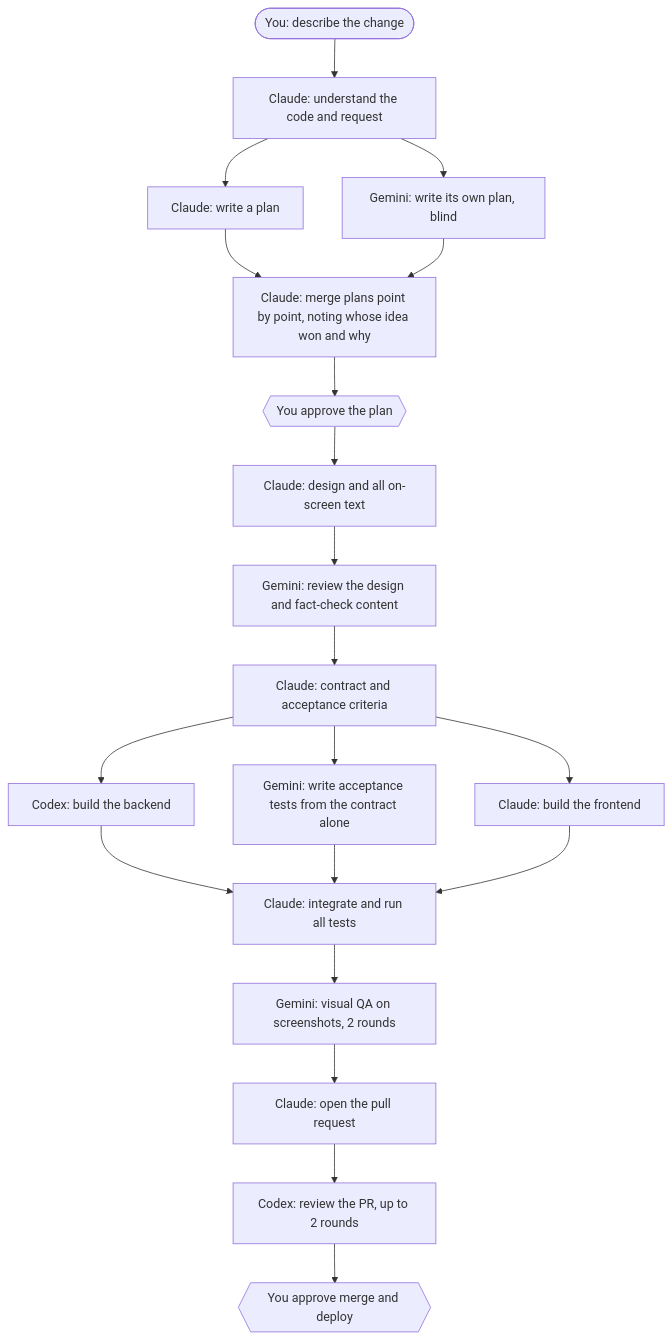
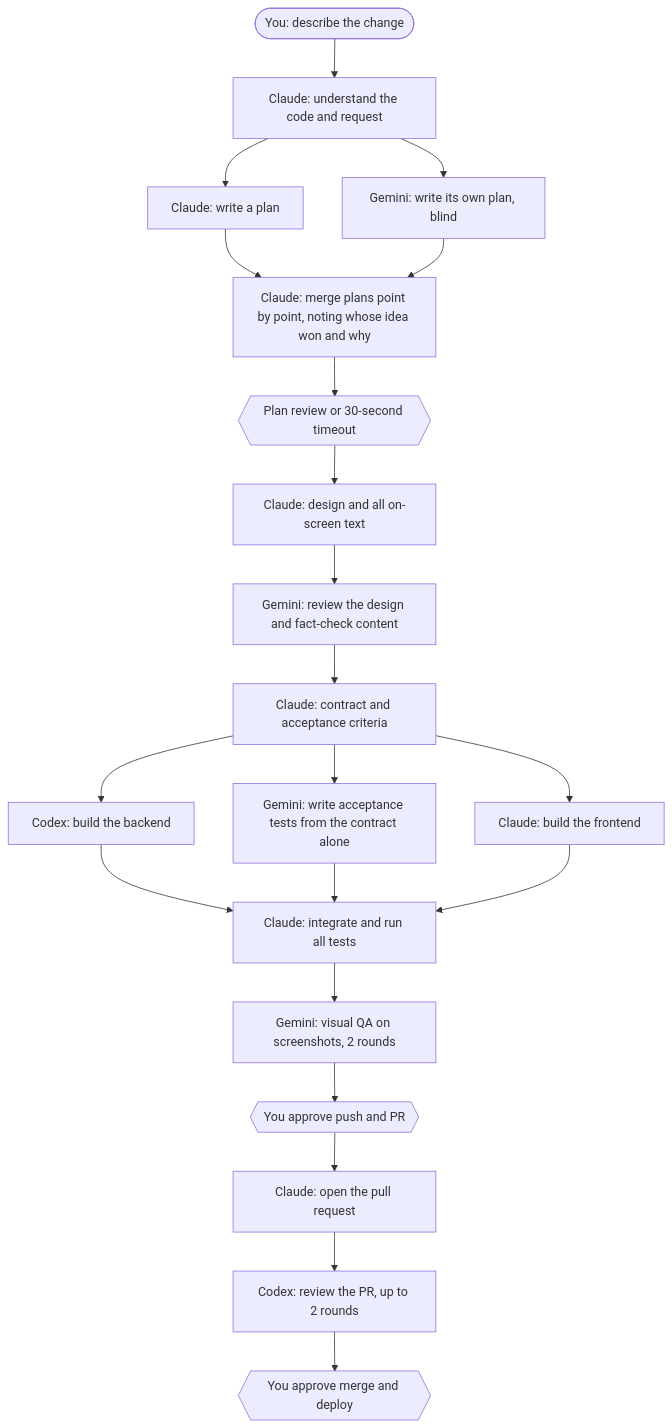
One commit to Flzsh/claude-codex-bridge changed the diagram in README.md. Above: the diagram before and after it, drawn with Mermaid. The commit also changed other lines of this file and 13 other files, not shown here.

````diff
--- a/README.md
+++ b/README.md
@@ -7,22 +7,23 @@
 ```mermaid
 flowchart TD
     U([You: describe the change]) --> C1[Claude: understand the code and request]
     C1 --> P1[Claude: write a plan]
     C1 --> P2[Gemini: write its own plan, blind]
     P1 --> S[Claude: merge plans point by point, noting whose idea won and why]
     P2 --> S
-    S --> A{{You approve the plan}}
+    S --> A{{Plan review or 30-second timeout}}
     A --> D[Claude: design and all on-screen text]
     D --> DR[Gemini: review the design and fact-check content]
     DR --> K[Claude: contract and acceptance criteria]
     K --> B1[Codex: build the backend]
     K --> B2[Gemini: write acceptance tests from the contract alone]
     K --> B3[Claude: build the frontend]
     B1 --> I[Claude: integrate and run all tests]
     B2 --> I
     B3 --> I
     I --> Q[Gemini: visual QA on screenshots, 2 rounds]
-    Q --> PR[Claude: open the pull request]
+    Q --> PUBLISH{{You approve push and PR}}
+    PUBLISH --> PR[Claude: open the pull request]
     PR --> R[Codex: review the PR, up to 2 rounds]
     R --> M{{You approve merge and deploy}}
 ```
````
